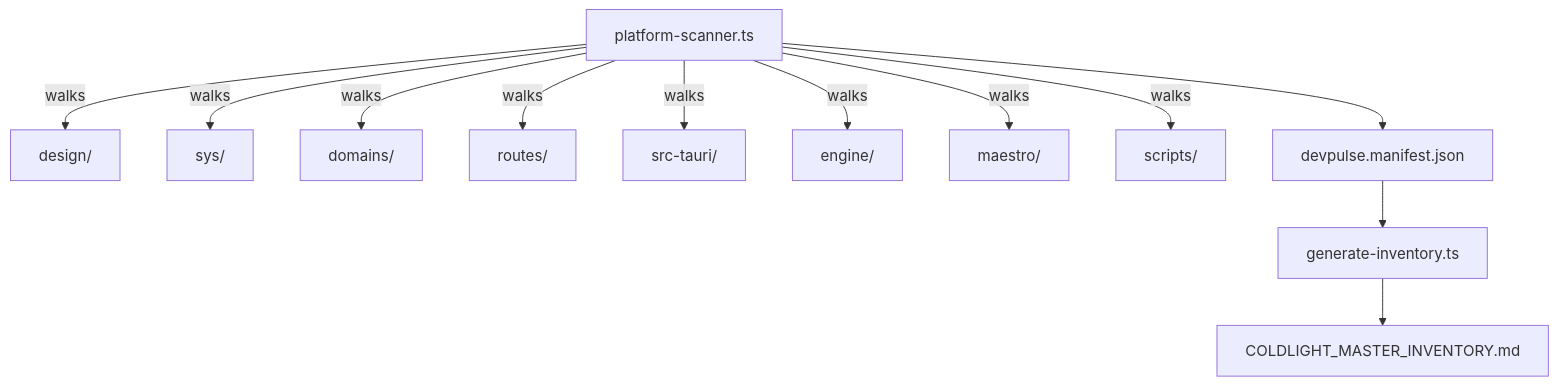
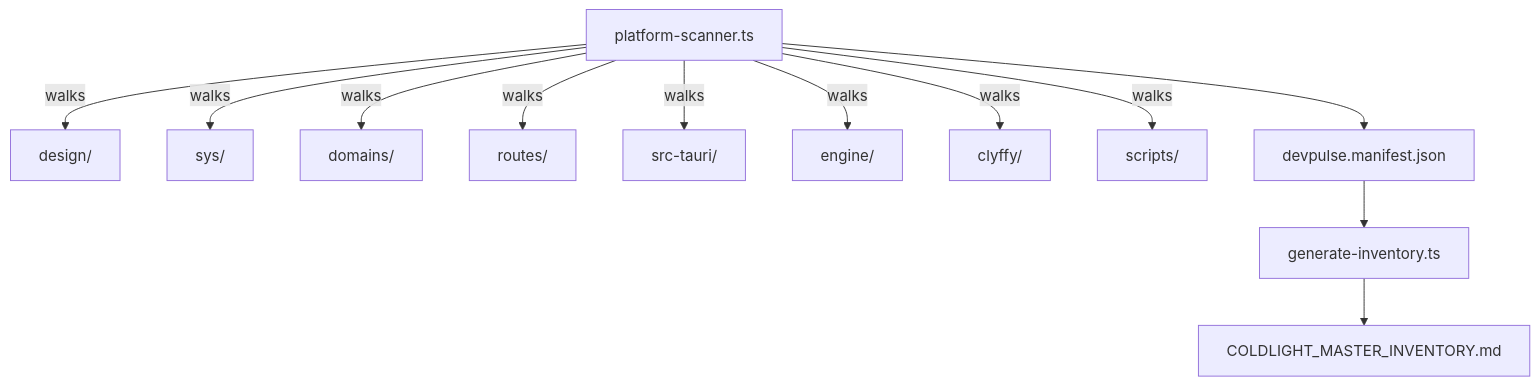
The second of 2 diagrams in docs/site/docs/coldlight/architecture.md (EonsofStupid/platform_devpulse), drawn with Mermaid before and after one commit. The commit also changed 151 other files, not shown here.

First line of the commit message:
feat(engine): rename maestro to clyffy, add visual system, align components

````diff
--- a/docs/site/docs/coldlight/architecture.md
+++ b/docs/site/docs/coldlight/architecture.md
@@ -52,14 +52,14 @@
 ```mermaid
 flowchart TD
     Scanner[platform-scanner.ts] --> |walks| Design[design/]
     Scanner --> |walks| Sys[sys/]
     Scanner --> |walks| Domains[domains/]
     Scanner --> |walks| Routes[routes/]
     Scanner --> |walks| Tauri[src-tauri/]
     Scanner --> |walks| Engine[engine/]
-    Scanner --> |walks| Maestro[maestro/]
+    Scanner --> |walks| Clyffy[clyffy/]
     Scanner --> |walks| Scripts[scripts/]
     Scanner --> Manifest[devpulse.manifest.json]
     Manifest --> Inventory[generate-inventory.ts]
     Inventory --> Markdown[COLDLIGHT_MASTER_INVENTORY.md]
 ```
````
